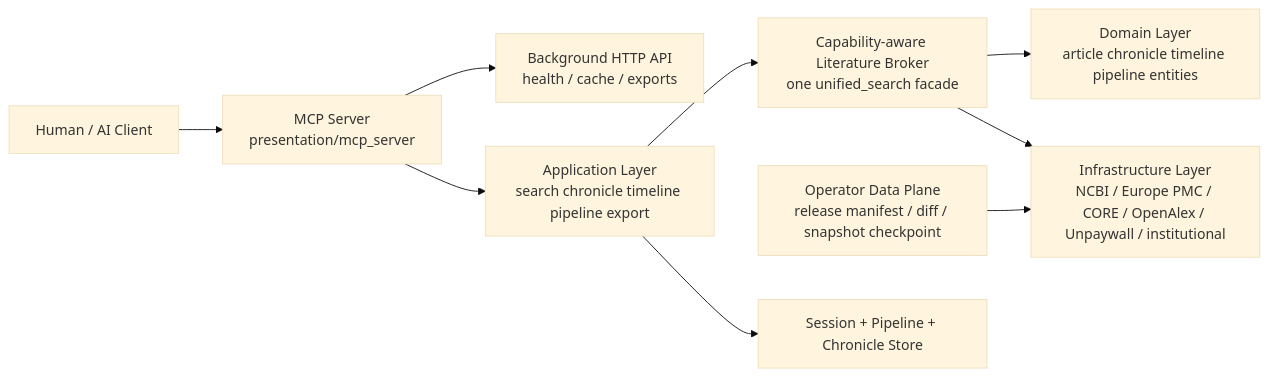
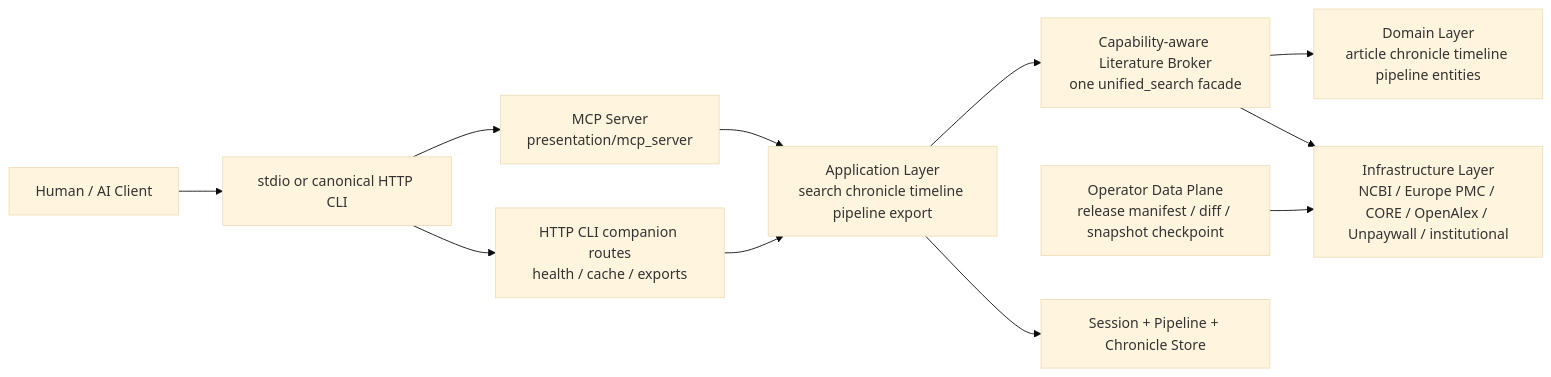
The third of 13 diagrams in ARCHITECTURE.md (u9401066/pubmed-search-mcp), drawn with Mermaid (base theme) before and after one commit. The commit also changed other lines of this file and 24 other files, not shown here.

Commit message:
docs: update primary user and architecture guides

````diff
--- a/ARCHITECTURE.md
+++ b/ARCHITECTURE.md
@@ -102,21 +102,24 @@
 ```mermaid
 flowchart LR
   Client[Human / AI Client]
+  Transport[stdio or canonical HTTP CLI]
   MCP[MCP Server<br/>presentation/mcp_server]
-  API[Background HTTP API<br/>health / cache / exports]
+  API[HTTP CLI companion routes<br/>health / cache / exports]
   App[Application Layer<br/>search chronicle timeline pipeline export]
   Broker[Capability-aware Literature Broker<br/>one unified_search facade]
   Domain[Domain Layer<br/>article chronicle timeline pipeline entities]
   Infra[Infrastructure Layer<br/>NCBI / Europe PMC / CORE / OpenAlex / Unpaywall / institutional]
   DataPlane[Operator Data Plane<br/>release manifest / diff / snapshot checkpoint]
   Store[Session + Pipeline + Chronicle Store]
 
-  Client --> MCP
+  Client --> Transport
+  Transport --> MCP
+  Transport --> API
   MCP --> App
-  MCP --> API
+  API --> App
   App --> Broker
   Broker --> Domain
   Broker --> Infra
   DataPlane --> Infra
   App --> Store
 ```
````
